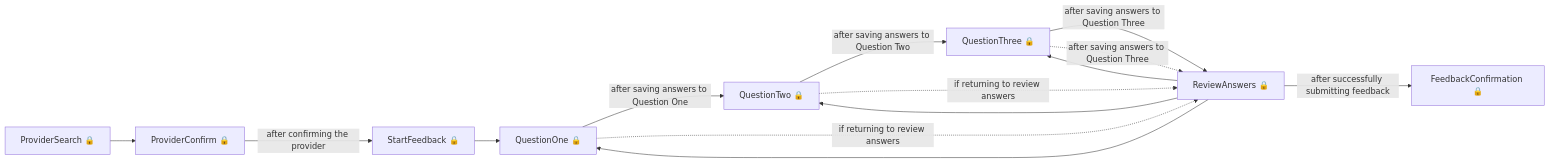
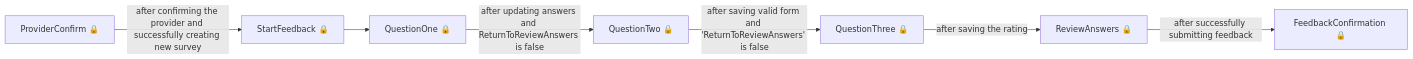
The second of 4 diagrams in das-employer-feedback-web/user-journeys/user-journeys.md (talentconsulting/atlas-dfe), drawn with Mermaid before and after one commit. The commit also changed other lines of this file and 36 other files, not shown here.

````diff
--- a/das-employer-feedback-web/user-journeys/user-journeys.md
+++ b/das-employer-feedback-web/user-journeys/user-journeys.md
@@ -26,16 +19,9 @@
 ```mermaid
 flowchart LR
-  p0["ProviderSearch 🔒"] --> p1["ProviderConfirm 🔒"]
-  p1["ProviderConfirm 🔒"] -->|"after confirming the provider"| p2["StartFeedback 🔒"]
-  p2["StartFeedback 🔒"] --> p3["QuestionOne 🔒"]
-  p3["QuestionOne 🔒"] -->|"after saving answers to Question One"| p4["QuestionTwo 🔒"]
-  p4["QuestionTwo 🔒"] -->|"after saving answers to Question Two"| p5["QuestionThree 🔒"]
-  p5["QuestionThree 🔒"] -->|"after saving answers to Question Three"| p6["ReviewAnswers 🔒"]
-  p6["ReviewAnswers 🔒"] --> p3["QuestionOne 🔒"]
-  p3["QuestionOne 🔒"] -.->|"if returning to review answers"| p6["ReviewAnswers 🔒"]
-  p6["ReviewAnswers 🔒"] --> p4["QuestionTwo 🔒"]
-  p4["QuestionTwo 🔒"] -.->|"if returning to review answers"| p6["ReviewAnswers 🔒"]
-  p6["ReviewAnswers 🔒"] --> p5["QuestionThree 🔒"]
-  p5["QuestionThree 🔒"] -.->|"after saving answers to Question Three"| p6["ReviewAnswers 🔒"]
-  p6["ReviewAnswers 🔒"] -->|"after successfully submitting feedback"| p7["FeedbackConfirmation 🔒"]
+  p0["ProviderConfirm 🔒"] -->|"after confirming the provider and successfully creating new survey"| p1["StartFeedback 🔒"]
+  p1["StartFeedback 🔒"] --> p2["QuestionOne 🔒"]
+  p2["QuestionOne 🔒"] -->|"after updating answers and ReturnToReviewAnswers is false"| p3["QuestionTwo 🔒"]
+  p3["QuestionTwo 🔒"] -->|"after saving valid form and 'ReturnToReviewAnswers' is false"| p4["QuestionThree 🔒"]
+  p4["QuestionThree 🔒"] -->|"after saving the rating"| p5["ReviewAnswers 🔒"]
+  p5["ReviewAnswers 🔒"] -->|"after successfully submitting feedback"| p6["FeedbackConfirmation 🔒"]
 ```
````
